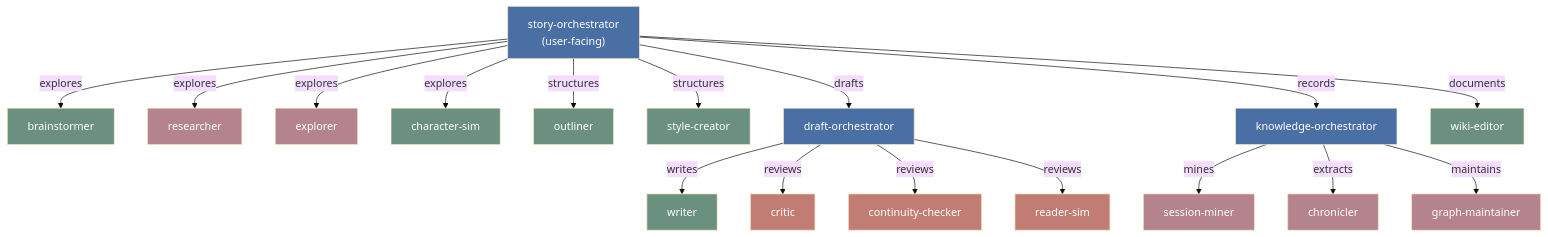
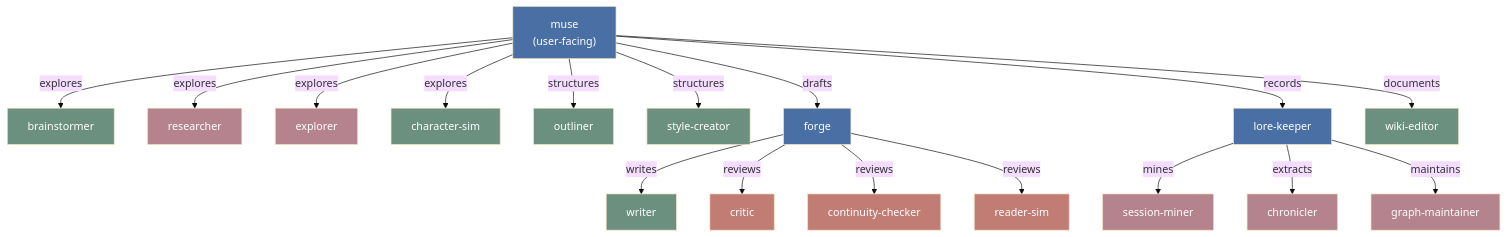
One commit to haowjy/creative-writing-skills changed the first of 4 diagrams in docs/architecture.md. Above: the diagram before and after it, drawn with Mermaid (base theme). The commit also changed other lines of this file and 47 other files, not shown here.

````diff
--- a/docs/architecture.md
+++ b/docs/architecture.md
@@ -7,33 +7,33 @@
 ```mermaid
 graph TD
-    SO["story-orchestrator<br/>(user-facing)"]
+    SO["muse<br/>(user-facing)"]
 
     SO -->|explores| BS[brainstormer]
     SO -->|explores| RE[researcher]
     SO -->|explores| EX[explorer]
     SO -->|explores| CS[character-sim]
     SO -->|structures| OL[outliner]
     SO -->|structures| SC[style-creator]
-    SO -->|drafts| DO[draft-orchestrator]
-    SO -->|records| KO[knowledge-orchestrator]
+    SO -->|drafts| DO[forge]
+    SO -->|records| KO[lore-keeper]
     SO -->|documents| WE[wiki-editor]
 
     DO -->|writes| WR[writer]
     DO -->|reviews| CR[critic]
     DO -->|reviews| CC[continuity-checker]
     DO -->|reviews| RS[reader-sim]
 
     KO -->|mines| SM[session-miner]
     KO -->|extracts| CH[chronicler]
     KO -->|maintains| GM[graph-maintainer]
 
     classDef orch fill:#4a6fa5,color:#fff
     classDef creative fill:#6b9080,color:#fff
     classDef review fill:#c17c74,color:#fff
     classDef knowledge fill:#b5838d,color:#fff
 
     class SO,DO,KO orch
     class BS,OL,WR,SC,WE,CS creative
     class CR,CC,RS review
     class SM,CH,GM,EX,RE knowledge
 ```
````
